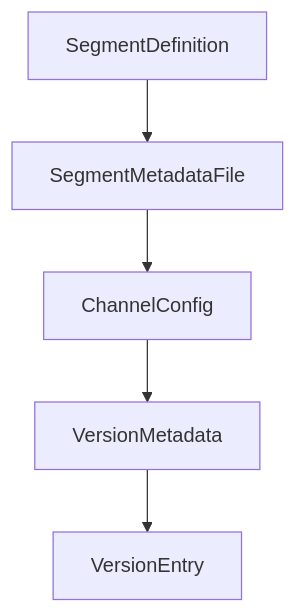
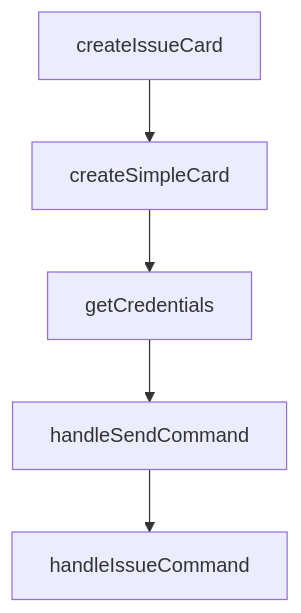
Before and after one commit to johnxie/awesome-code-docs: the diagram in tutorials/cherry-studio-tutorial/06-team-adoption-and-enterprise-capabilities.md, drawn with Mermaid. The commit also changed other lines of this file and 1232 other files, not shown here.

````diff
--- a/tutorials/cherry-studio-tutorial/06-team-adoption-and-enterprise-capabilities.md
+++ b/tutorials/cherry-studio-tutorial/06-team-adoption-and-enterprise-capabilities.md
@@ -214,12 +212,12 @@
 ```mermaid
 flowchart TD
-    A[SegmentDefinition]
-    B[SegmentMetadataFile]
-    C[ChannelConfig]
-    D[VersionMetadata]
-    E[VersionEntry]
+    A[createIssueCard]
+    B[createSimpleCard]
+    C[getCredentials]
+    D[handleSendCommand]
+    E[handleIssueCommand]
     A --> B
     B --> C
     C --> D
     D --> E
 ```
````
